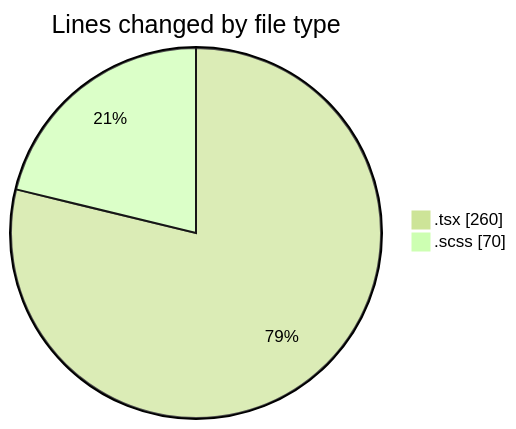
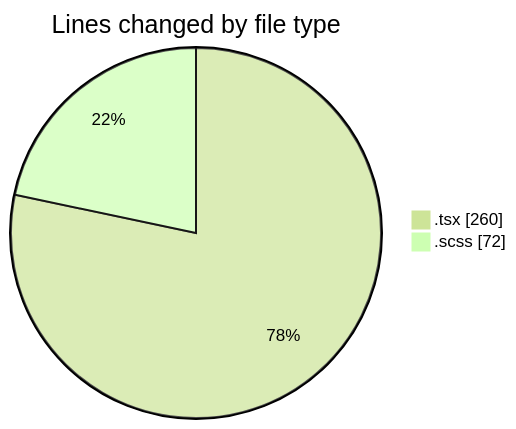
One commit to momahboobian/code-tracking changed the first of 2 diagrams in 2026-04-10/cda/README.md. Above: the diagram before and after it, drawn with Mermaid (forest theme). The commit also changed other lines of this file and 1 other file, not shown here.

````diff
--- a/2026-04-10/cda/README.md
+++ b/2026-04-10/cda/README.md
@@ -22,6 +22,6 @@
 ```mermaid
 pie showData
 title Lines changed by file type
 ".tsx" : 260
-".scss" : 70
+".scss" : 72
 ```
````
